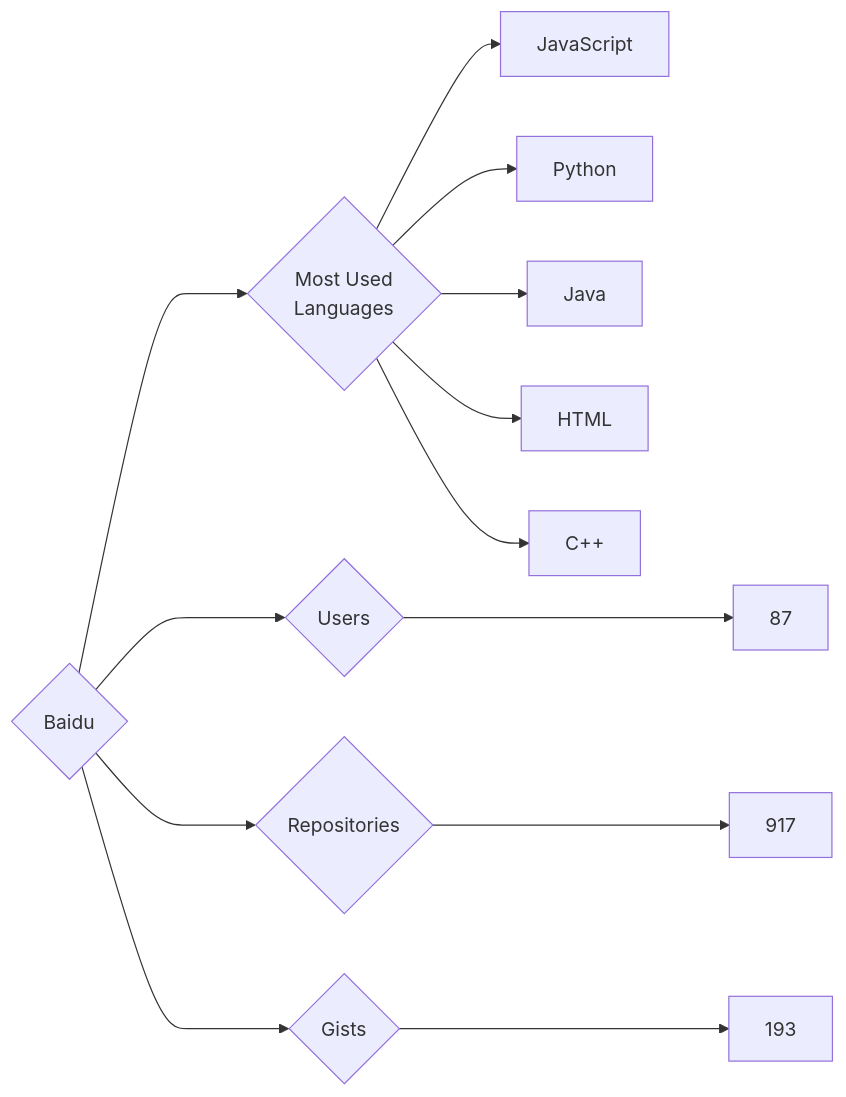
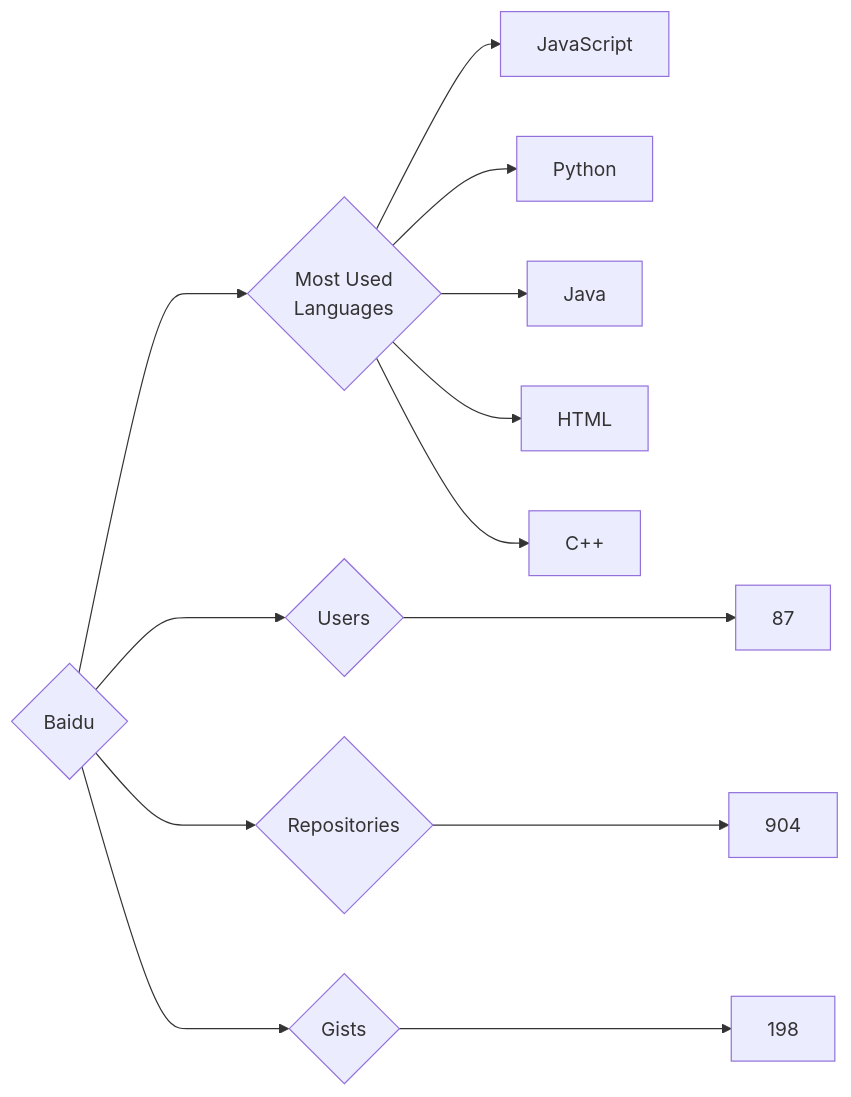
One commit to trickest/insiders changed the diagram in targets/Baidu/README.md. Above: the diagram before and after it, drawn with Mermaid. The commit also changed 953 other files, not shown here.

````diff
--- a/targets/Baidu/README.md
+++ b/targets/Baidu/README.md
@@ -3,13 +3,13 @@
 ```mermaid
 graph LR
 COMPANY_NAME{Baidu}
 COMPANY_NAME ---> U{Users} ---> UN[87]
-COMPANY_NAME ---> R{Repositories} ---> RN[917]
-COMPANY_NAME ---> G{Gists} ---> GN[193]
+COMPANY_NAME ---> R{Repositories} ---> RN[904]
+COMPANY_NAME ---> G{Gists} ---> GN[198]
 COMPANY_NAME ---> ML{Most Used<br>Languages}
 ML --> JavaScript[JavaScript]
 ML --> Python[Python]
 ML --> Java[Java]
 ML --> HTML[HTML]
 ML --> C++[C++]
 ```
````
